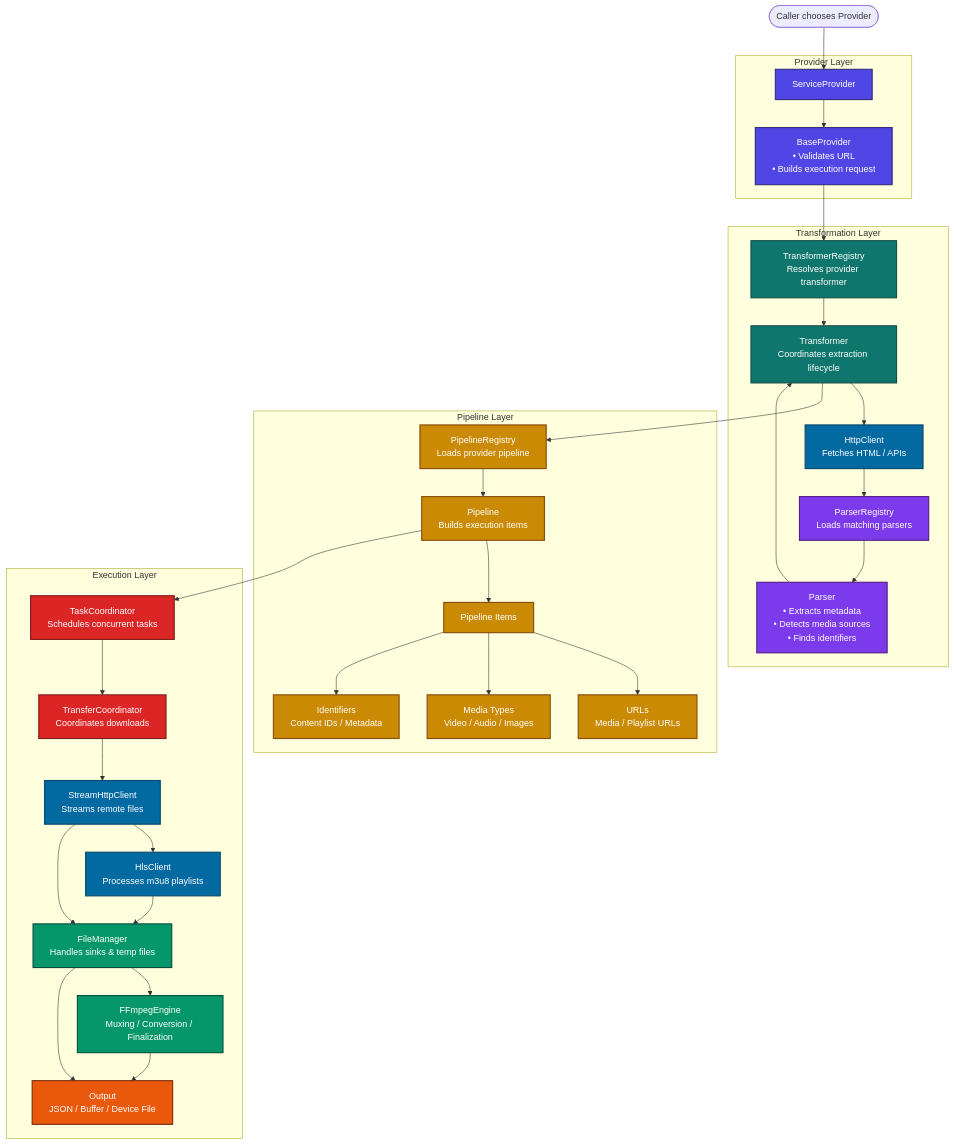
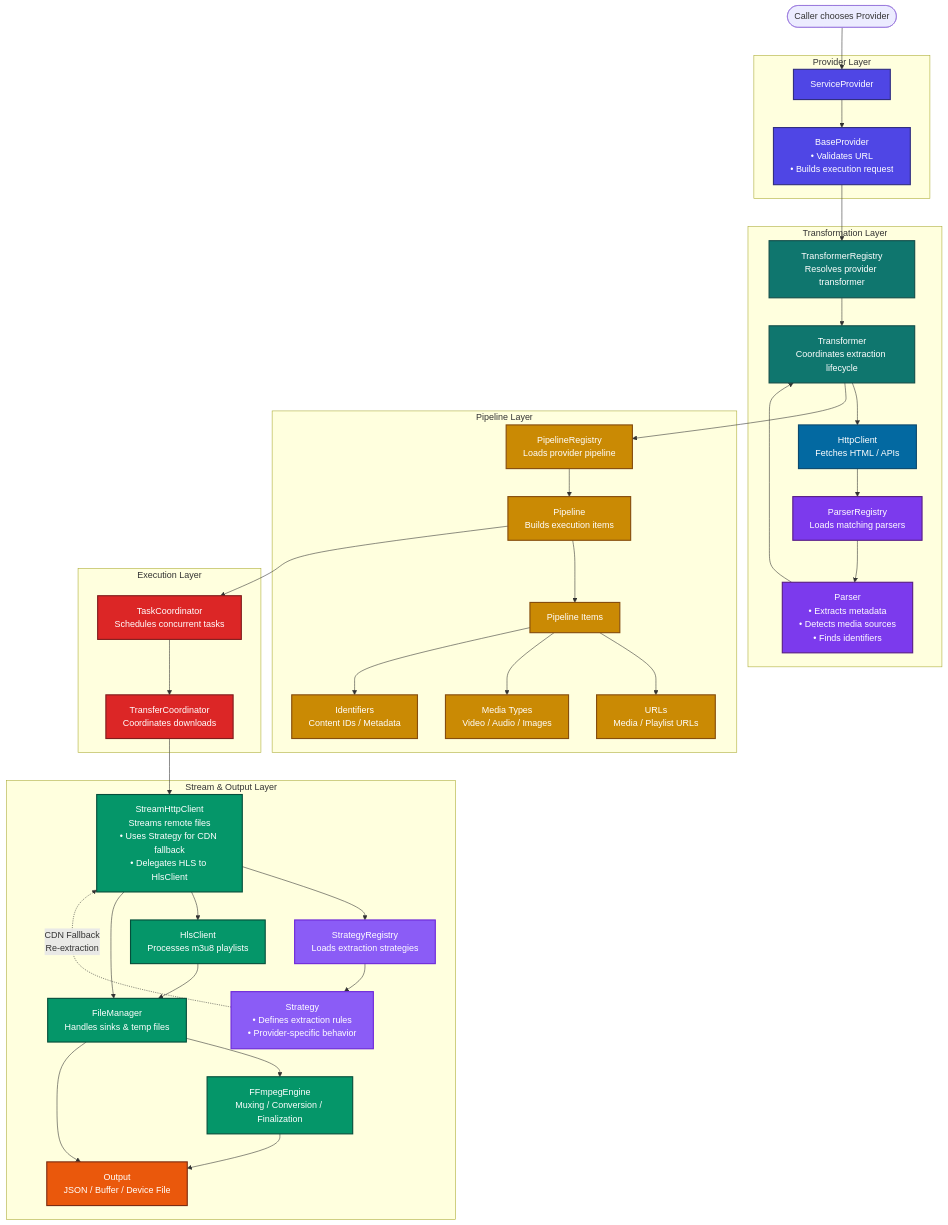
The diagram in README.md (cloudgrids/downflux), drawn with Mermaid before and after one commit.

Commit message:
fix: update mermaid graph

````diff
--- a/README.md
+++ b/README.md
@@ -121,8 +121,14 @@
         TaskCoordinator[TaskCoordinator<br/>Schedules concurrent tasks]
 
         TransferCoordinator[TransferCoordinator<br/>Coordinates downloads]
+    end
 
-        StreamHttpClient[StreamHttpClient<br/>Streams remote files]
+    subgraph StreamLayer["Stream & Output Layer"]
+        StreamHttpClient[StreamHttpClient<br/>Streams remote files<br/>• Uses Strategy for CDN fallback<br/>• Delegates HLS to HlsClient]
+
+        StrategyRegistry[StrategyRegistry<br/>Loads extraction strategies]
+
+        Strategy[Strategy<br/>• Defines extraction rules<br/>• Provider-specific behavior]
 
         HlsClient[HlsClient<br/>Processes m3u8 playlists]
 
@@ -155,6 +161,9 @@
     TaskCoordinator --> TransferCoordinator
 
     TransferCoordinator --> StreamHttpClient
+    StreamHttpClient --> StrategyRegistry
+    StrategyRegistry --> Strategy
+    Strategy -.->|CDN Fallback<br/>Re-extraction| StreamHttpClient
     StreamHttpClient --> HlsClient
     StreamHttpClient --> FileManager
 
@@ -171,15 +180,18 @@
     classDef execution fill:#dc2626,color:#fff,stroke:#7f1d1d,stroke-width:2px;
     classDef network fill:#0369a1,color:#fff,stroke:#0c4a6e,stroke-width:2px;
     classDef parser fill:#7c3aed,color:#fff,stroke:#581c87,stroke-width:2px;
-    classDef file fill:#059669,color:#fff,stroke:#064e3b,stroke-width:2px;
+    classDef strategy fill:#8b5cf6,color:#fff,stroke:#6d28d9,stroke-width:2px;
+    classDef stream fill:#059669,color:#fff,stroke:#064e3b,stroke-width:2px;
     classDef output fill:#ea580c,color:#fff,stroke:#7c2d12,stroke-width:2px;
 
     class ServiceProvider,BaseProvider provider;
     class TransformerRegistry,Transformer transform;
     class PipelineRegistry,Pipeline,PipelineItems,URLs,MediaTypes,Identifiers pipeline;
     class TaskCoordinator,TransferCoordinator execution;
-    class HttpClient,StreamHttpClient,HlsClient network;
+    class HttpClient network;
     class ParserRegistry,Parser parser;
-    class FileManager,FFmpegEngine file;
+    class StrategyRegistry,Strategy strategy;
+    class StreamHttpClient,HlsClient stream;
+    class FileManager,FFmpegEngine stream;
     class Output output;
 ```
````
